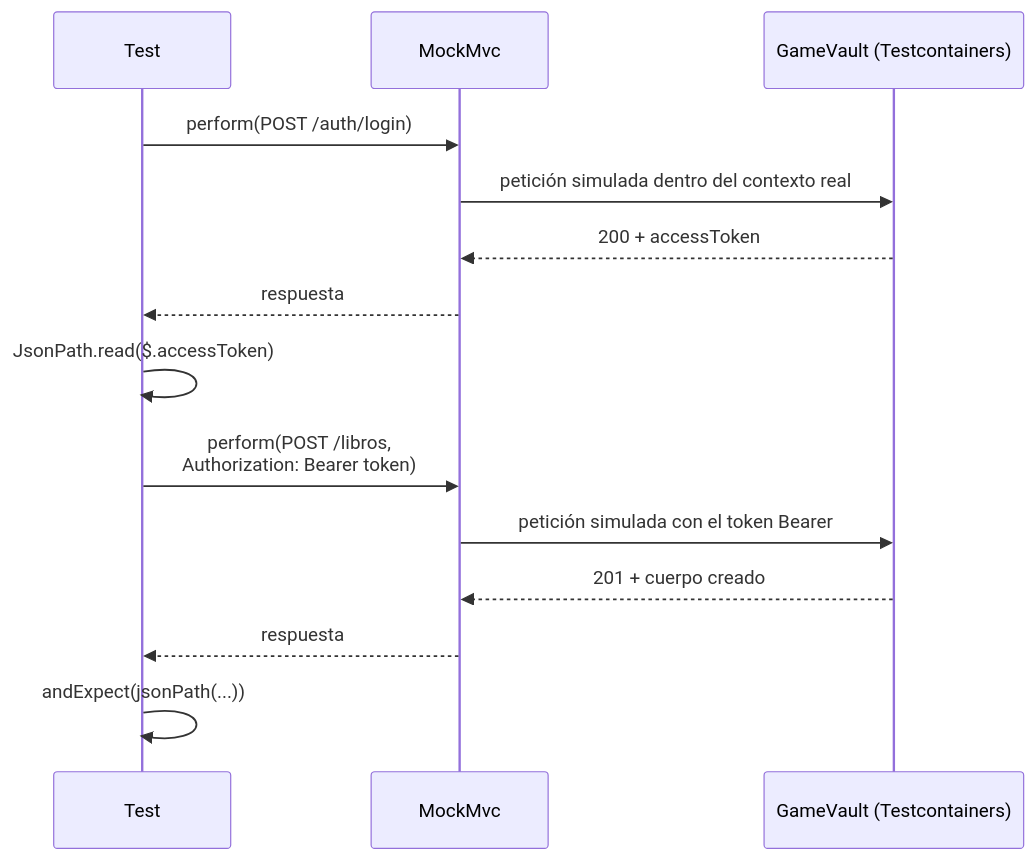
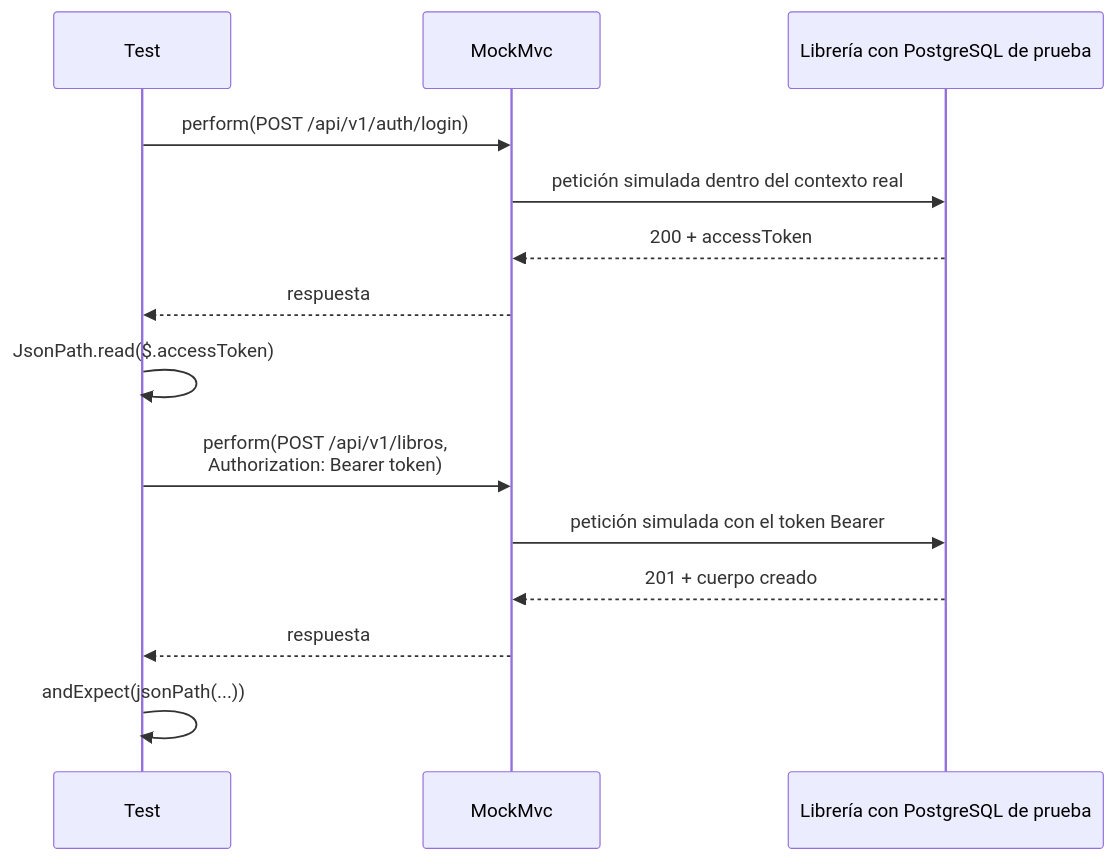
The first of 2 diagrams in docs/tema2/bd-orientadas-a-objetos.md (aitorventura/acceso-a-datos), drawn with Mermaid before and after one commit. The commit also changed other lines of this file and 5 other files, not shown here.

````diff
--- a/docs/tema2/bd-orientadas-a-objetos.md
+++ b/docs/tema2/bd-orientadas-a-objetos.md
@@ -186,18 +160,18 @@
 ```mermaid
 sequenceDiagram
     participant Test
     participant MockMvc
-    participant App as GameVault (Testcontainers)
+    participant App as Librería con PostgreSQL de prueba
 
-    Test->>MockMvc: perform(POST /auth/login)
+    Test->>MockMvc: perform(POST /api/v1/auth/login)
     MockMvc->>App: petición simulada dentro del contexto real
     App-->>MockMvc: 200 + accessToken
     MockMvc-->>Test: respuesta
     Test->>Test: JsonPath.read($.accessToken)
 
-    Test->>MockMvc: perform(POST /libros,<br/>Authorization: Bearer token)
+    Test->>MockMvc: perform(POST /api/v1/libros,<br/>Authorization: Bearer token)
     MockMvc->>App: petición simulada con el token Bearer
     App-->>MockMvc: 201 + cuerpo creado
     MockMvc-->>Test: respuesta
     Test->>Test: andExpect(jsonPath(...))
 ```
````
